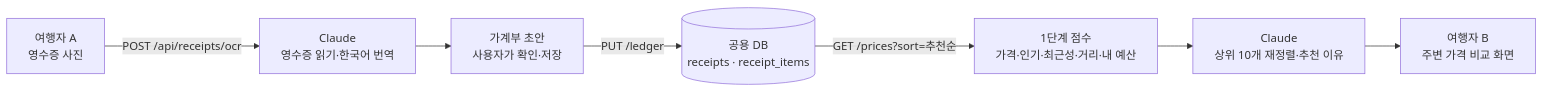
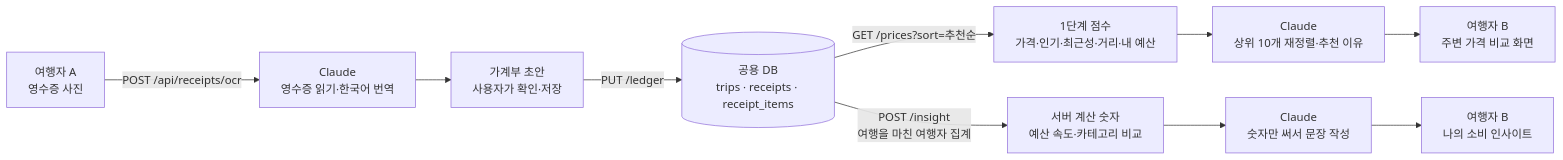
One commit to SongJunPyo/Travel_WON_IT changed the diagram in docs/AI_utils/README.md. Above: the diagram before and after it, drawn with Mermaid. The commit also changed other lines of this file and 2 other files, not shown here.

First line of the commit message:
docs: AI 소비 인사이트 문서 추가와 AI 활용 문서 갱신

````diff
--- a/docs/AI_utils/README.md
+++ b/docs/AI_utils/README.md
@@ -19,9 +24,12 @@
 ```mermaid
 flowchart LR
     A[여행자 A<br/>영수증 사진] -->|POST /api/receipts/ocr| B[Claude<br/>영수증 읽기·한국어 번역]
     B --> C[가계부 초안<br/>사용자가 확인·저장]
-    C -->|PUT /ledger| D[(공용 DB<br/>receipts · receipt_items)]
+    C -->|PUT /ledger| D[(공용 DB<br/>trips · receipts · receipt_items)]
     D -->|GET /prices?sort=추천순| E[1단계 점수<br/>가격·인기·최근성·거리·내 예산]
     E --> F[Claude<br/>상위 10개 재정렬·추천 이유]
     F --> G[여행자 B<br/>주변 가격 비교 화면]
+    D -->|POST /insight<br/>여행을 마친 여행자 집계| H[서버 계산 숫자<br/>예산 속도·카테고리 비교]
+    H --> I[Claude<br/>숫자만 써서 문장 작성]
+    I --> J[여행자 B<br/>나의 소비 인사이트]
 ```
````
